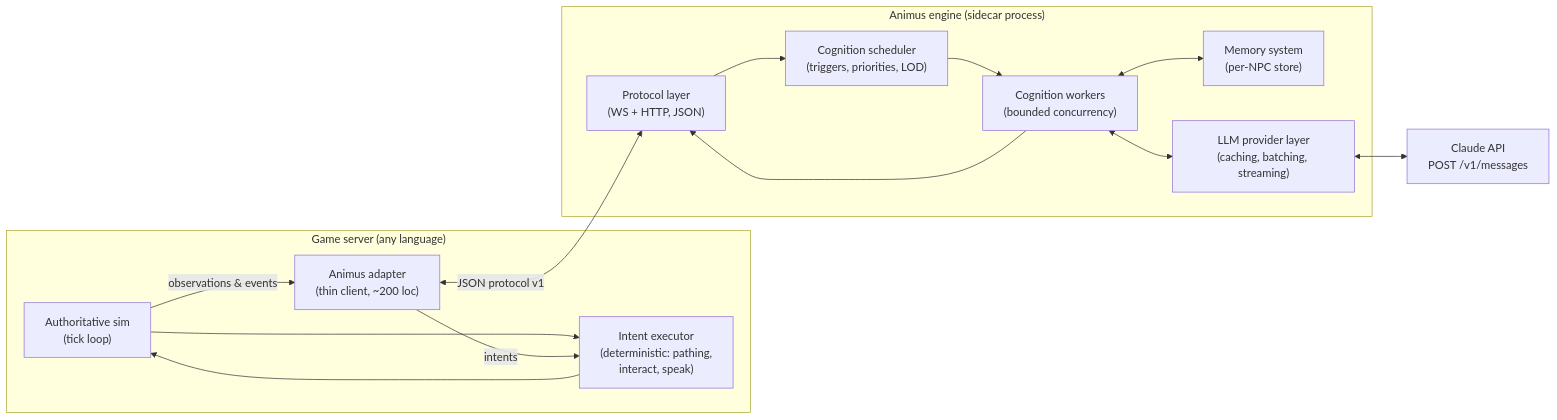
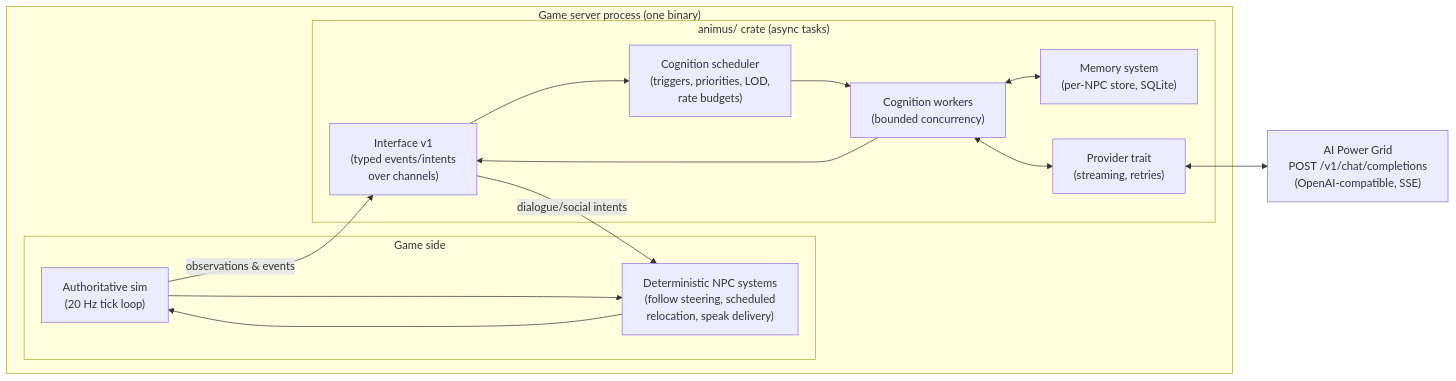
The first of 4 diagrams in docs/npc-engine-design.md (halfaipg/duskfell-poc), drawn with Mermaid before and after one commit. The commit also changed other lines of this file and 2 other files, not shown here.

First line of the commit message:
Document the NPC dialogue milestone and reproduction steps

````diff
--- a/docs/npc-engine-design.md
+++ b/docs/npc-engine-design.md
@@ -41,27 +44,26 @@
 ```mermaid
 flowchart LR
-    subgraph Game["Game server (any language)"]
-        SIM["Authoritative sim<br/>(tick loop)"]
-        EXEC["Intent executor<br/>(deterministic: pathing,<br/>interact, speak)"]
-        ADAPT["Animus adapter<br/>(thin client, ~200 loc)"]
-        SIM --> EXEC
-        EXEC --> SIM
-        SIM -- "observations & events" --> ADAPT
-        ADAPT -- "intents" --> EXEC
+    subgraph Proc["Game server process (one binary)"]
+        subgraph Game["Game side"]
+            SIM["Authoritative sim<br/>(20 Hz tick loop)"]
+            EXEC["Deterministic NPC systems<br/>(follow steering, scheduled<br/>relocation, speak delivery)"]
+            SIM --> EXEC
+            EXEC --> SIM
+        end
+        subgraph Animus["animus/ crate (async tasks)"]
+            IFACE["Interface v1<br/>(typed events/intents<br/>over channels)"]
+            SCHED["Cognition scheduler<br/>(triggers, priorities, LOD,<br/>rate budgets)"]
+            COG["Cognition workers<br/>(bounded concurrency)"]
+            MEM["Memory system<br/>(per-NPC store, SQLite)"]
+            LLM["Provider trait<br/>(streaming, retries)"]
+            IFACE --> SCHED --> COG
+            COG <--> MEM
+            COG <--> LLM
+            COG --> IFACE
+        end
+        SIM -- "observations & events" --> IFACE
+        IFACE -- "dialogue/social intents" --> EXEC
     end
 
-    subgraph Animus["Animus engine (sidecar process)"]
-        PROTO["Protocol layer<br/>(WS + HTTP, JSON)"]
-        SCHED["Cognition scheduler<br/>(triggers, priorities, LOD)"]
-        COG["Cognition workers<br/>(bounded concurrency)"]
-        MEM["Memory system<br/>(per-NPC store)"]
-        LLM["LLM provider layer<br/>(caching, batching, streaming)"]
-        PROTO --> SCHED --> COG
-        COG <--> MEM
-        COG <--> LLM
-        COG --> PROTO
-    end
-
-    ADAPT <-- "JSON protocol v1" --> PROTO
-    LLM <--> API["Claude API<br/>POST /v1/messages"]
+    LLM <--> API["AI Power Grid<br/>POST /v1/chat/completions<br/>(OpenAI-compatible, SSE)"]
 ```
````
